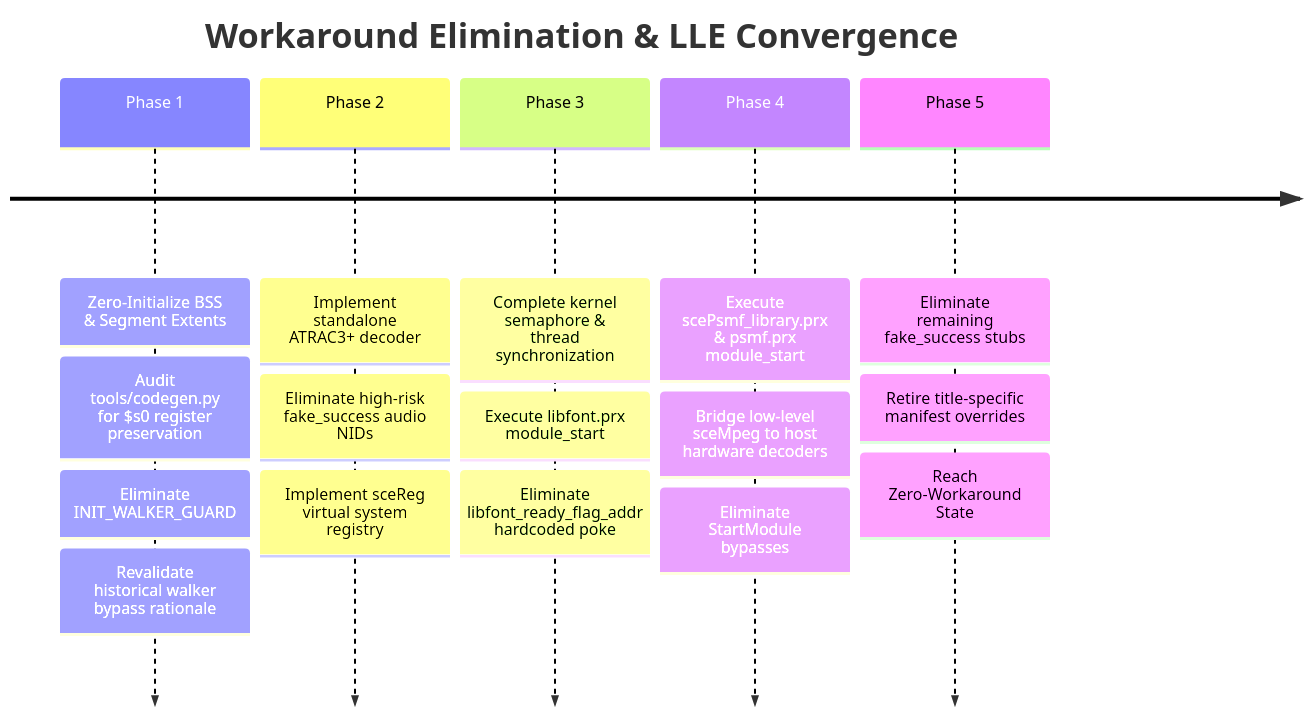
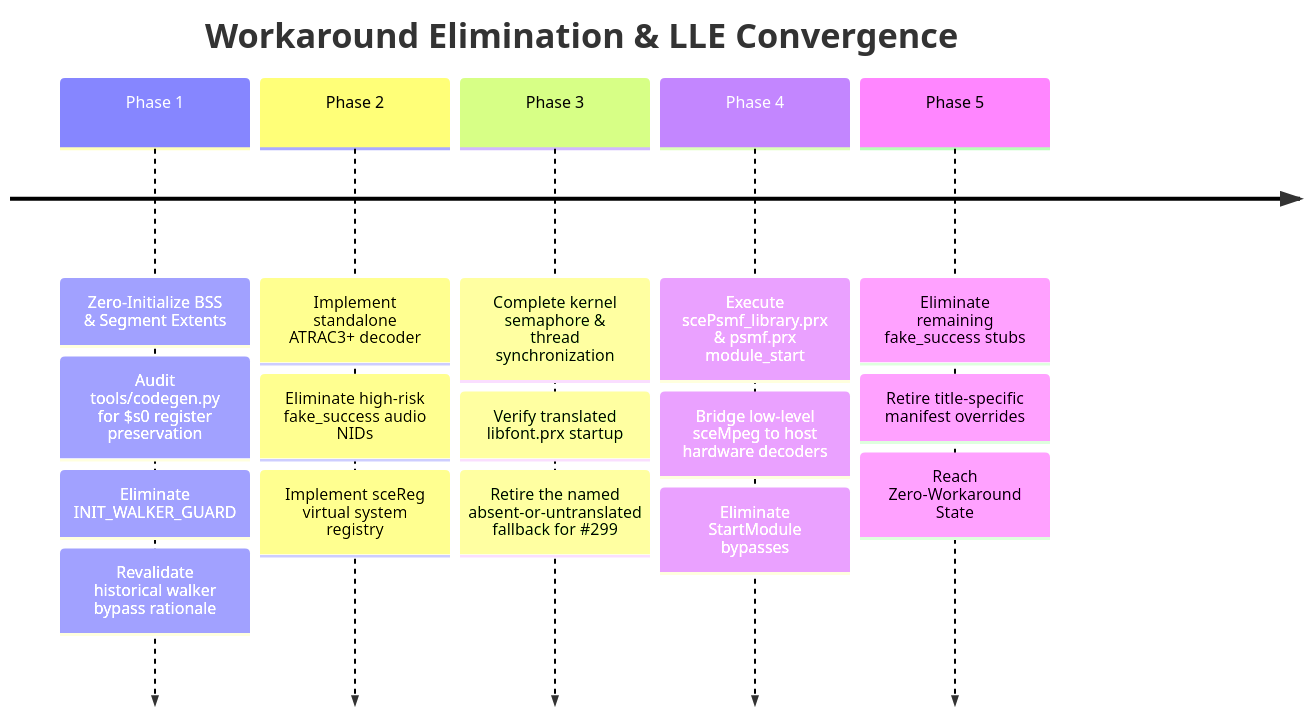
The diagram in docs/HLE_AND_WORKAROUND_INVENTORY.md (Jstar269/nakagawa-recomp), drawn with Mermaid before and after one commit. The commit also changed other lines of this file and 12 other files, not shown here.

````diff
--- a/docs/HLE_AND_WORKAROUND_INVENTORY.md
+++ b/docs/HLE_AND_WORKAROUND_INVENTORY.md
@@ -191,9 +191,9 @@
 ```mermaid
 timeline
     title Workaround Elimination & LLE Convergence
     Phase 1 : Zero-Initialize BSS & Segment Extents : Audit tools/codegen.py for $s0 register preservation : Eliminate INIT_WALKER_GUARD : Revalidate historical walker bypass rationale
     Phase 2 : Implement standalone ATRAC3+ decoder : Eliminate high-risk fake_success audio NIDs : Implement sceReg virtual system registry
-    Phase 3 : Complete kernel semaphore & thread synchronization : Execute libfont.prx module_start : Eliminate libfont_ready_flag_addr hardcoded poke
+    Phase 3 : Complete kernel semaphore & thread synchronization : Verify translated libfont.prx startup : Retire the named absent-or-untranslated fallback for #299
     Phase 4 : Execute scePsmf_library.prx & psmf.prx module_start : Bridge low-level sceMpeg to host hardware decoders : Eliminate StartModule bypasses
     Phase 5 : Eliminate remaining fake_success stubs : Retire title-specific manifest overrides : Reach Zero-Workaround State
 ```
````
